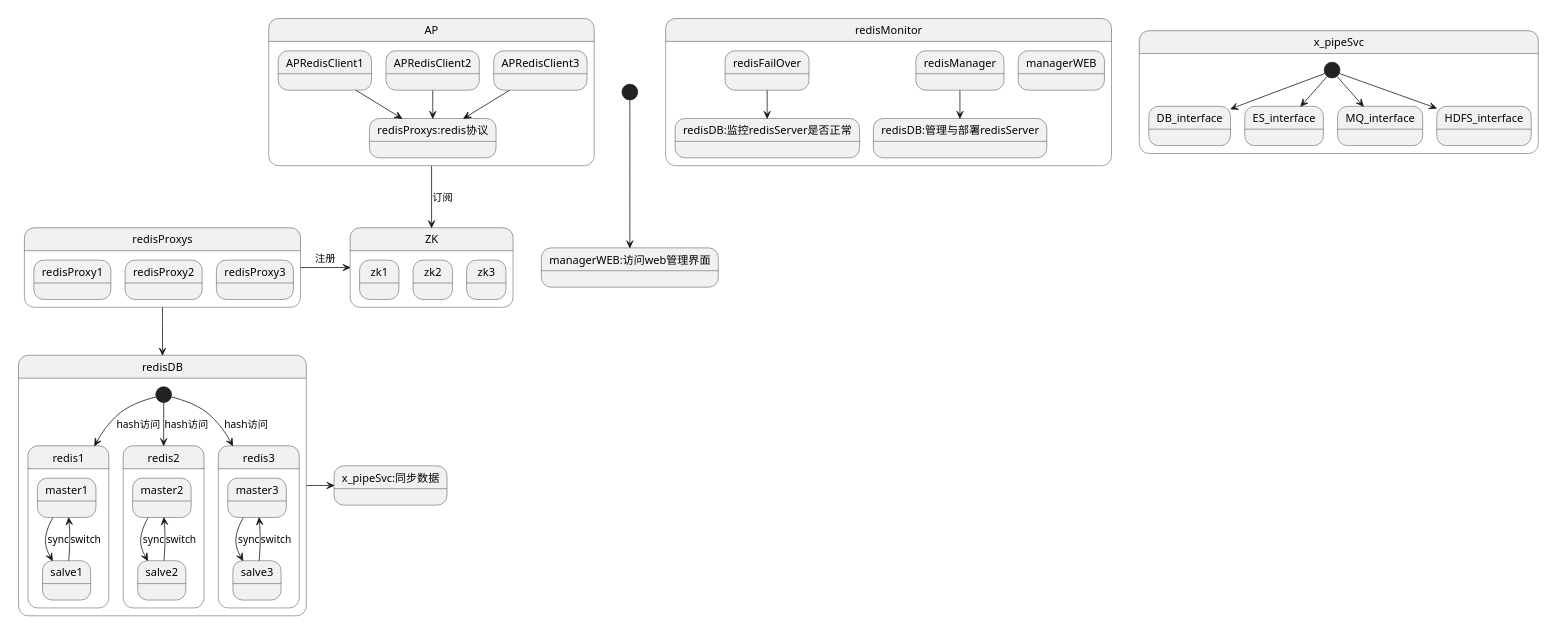
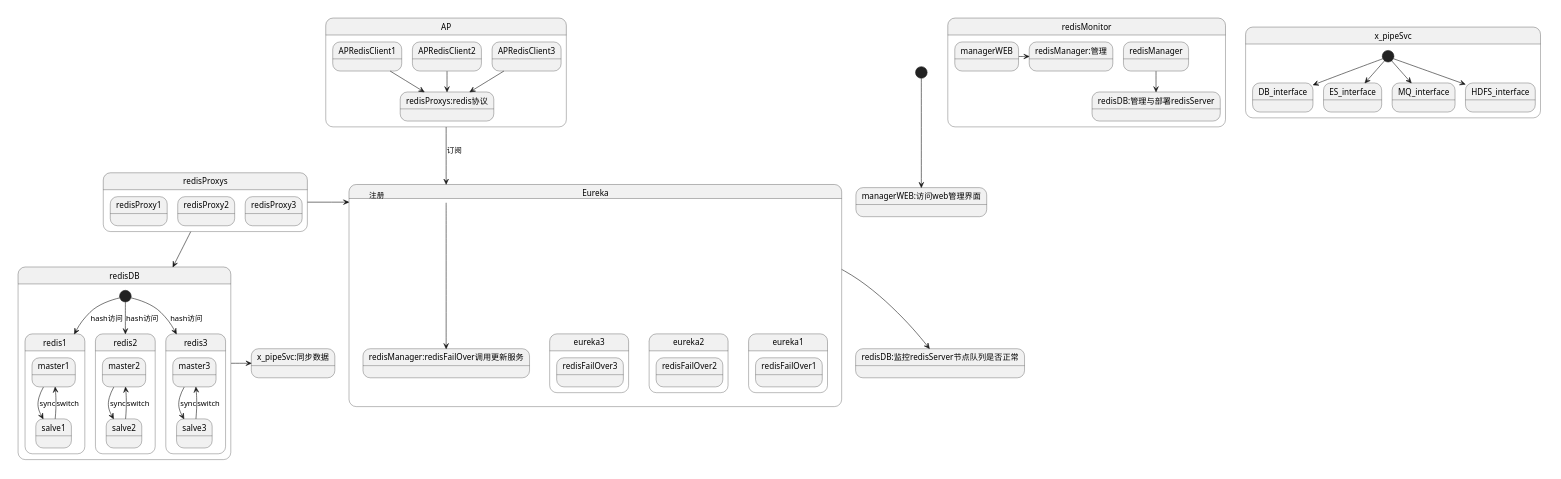
The diagram in doc/design/rains_redisProxy.puml (hugoDD/rains-redisproxy), drawn with PlantUML before and after one commit. The commit also changed 4 other files, not shown here.

```diff
--- a/doc/design/rains_redisProxy.puml
+++ b/doc/design/rains_redisProxy.puml
@@ -1,70 +1,83 @@
 @startuml
 scale 850 width
 [*]-->managerWEB:访问web管理界面
-AP --> ZK :订阅
-redisProxys -> ZK : 注册
+Eureka-->redisDB:监控redisServer节点队列是否正常
+AP --> Eureka :订阅
+redisProxys -> Eureka : 注册
 redisProxys --> redisDB
 
 redisDB->x_pipeSvc:同步数据
 
 state redisMonitor{
-    redisFailOver-->redisDB:监控redisServer是否正常
+    managerWEB -> redisManager:管理
     redisManager-->redisDB:管理与部署redisServer
+
     state managerWEB{
     }
+    state redisManager{
+    }
+
 }
 
 state AP{
   APRedisClient1 --> redisProxys:redis协议
   APRedisClient2 --> redisProxys:redis协议
   APRedisClient3 --> redisProxys:redis协议
 }
 
-state ZK{
-    state zk1
-    state zk2
-    state zk3
+state Eureka{
+    state eureka1{
+        state redisFailOver1
+    }
+    state eureka2{
+        state redisFailOver2
+    }
+    state eureka3{
+        state redisFailOver3
+    }
+    Eureka -->redisManager:redisFailOver调用更新服务
   }
 
 state redisProxys {
 
   state redisProxy1{
+
   }
   state redisProxy2{
 
   }
   state redisProxy3{
 
   }
 
 }
 
 state redisDB {
 
   [*] --> redis1 : hash访问
   [*] --> redis2 : hash访问
   [*] --> redis3 : hash访问
 
   state redis1 {
      master1 -> salve1 : sync
      salve1 --> master1 : switch
   }
   state redis2 {
        master2 -> salve2 : sync
        salve2 --> master2 : switch
     }
   state redis3 {
         master3 -> salve3 : sync
         salve3 --> master3 : switch
    }
 
 }
 
 state x_pipeSvc{
     [*]-->DB_interface
     [*]-->ES_interface
     [*]-->MQ_interface
     [*]-->HDFS_interface
 
 }
 @enduml
```
